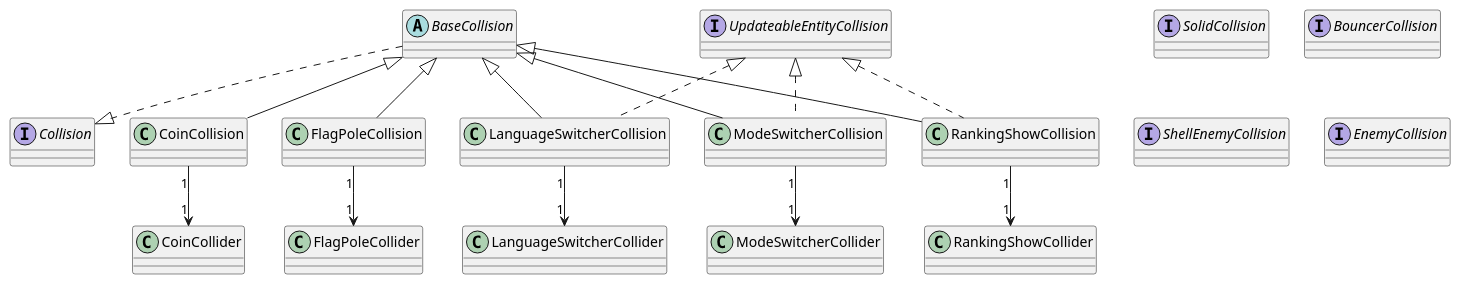
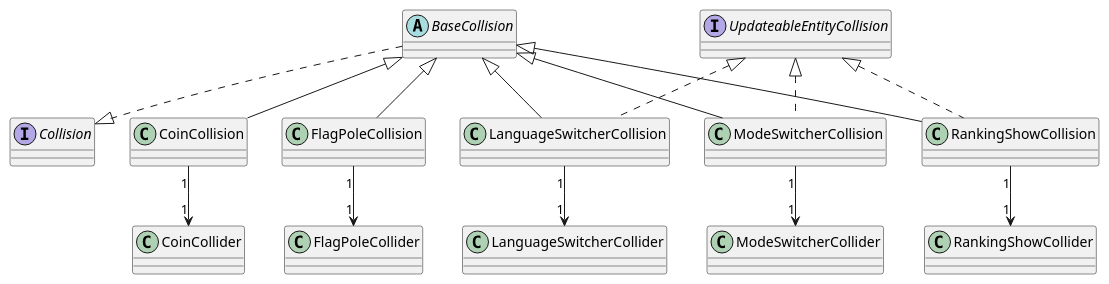
The diagram in Diagramas/diagramas/Reducido parcial/Collisions/Collisions.puml (giuli635/SuperMarioBros), drawn with PlantUML before and after one commit. The commit also changed 24 other files, not shown here.

Commit message:
pequeña revisión del diagrama reducido

```diff
--- a/Diagramas/diagramas/Reducido parcial/Collisions/Collisions.puml
+++ b/Diagramas/diagramas/Reducido parcial/Collisions/Collisions.puml
@@ -1,32 +1,28 @@
 @startuml Collisions
 
+abstract BaseCollision
+
 interface Collision
-interface SolidCollision
-interface BouncerCollision
 interface UpdateableEntityCollision
-interface ShellEnemyCollision
-interface EnemyCollision
-
-abstract class BaseCollision
 
 BaseCollision ..|> Collision
 
 CoinCollision -u-|> BaseCollision 
 CoinCollision "1" --> "1" CoinCollider
 
 FlagPoleCollision -u-|> BaseCollision
 FlagPoleCollision "1" --> "1" FlagPoleCollider
 
 LanguageSwitcherCollision .u.|> UpdateableEntityCollision
 LanguageSwitcherCollision -u-|> BaseCollision
 LanguageSwitcherCollision "1" --> "1" LanguageSwitcherCollider
 
 ModeSwitcherCollision .u.|> UpdateableEntityCollision
 ModeSwitcherCollision -u-|> BaseCollision
 ModeSwitcherCollision "1" --> "1" ModeSwitcherCollider
 
 RankingShowCollision .u.|> UpdateableEntityCollision
 RankingShowCollision -u-|> BaseCollision 
 RankingShowCollision "1" --> "1" RankingShowCollider
 
 @enduml
```
